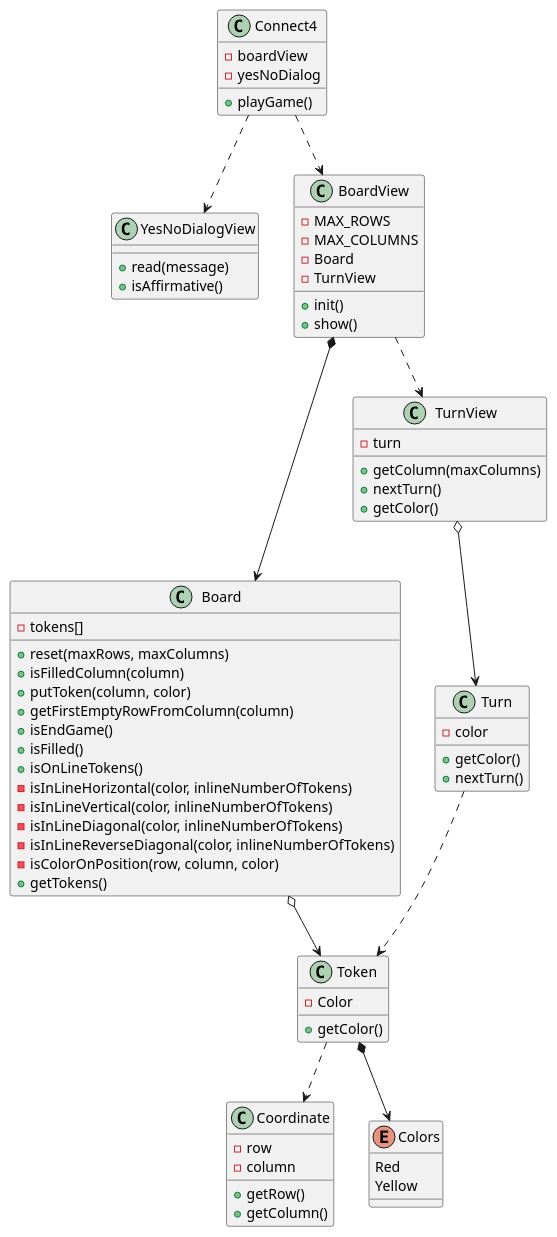
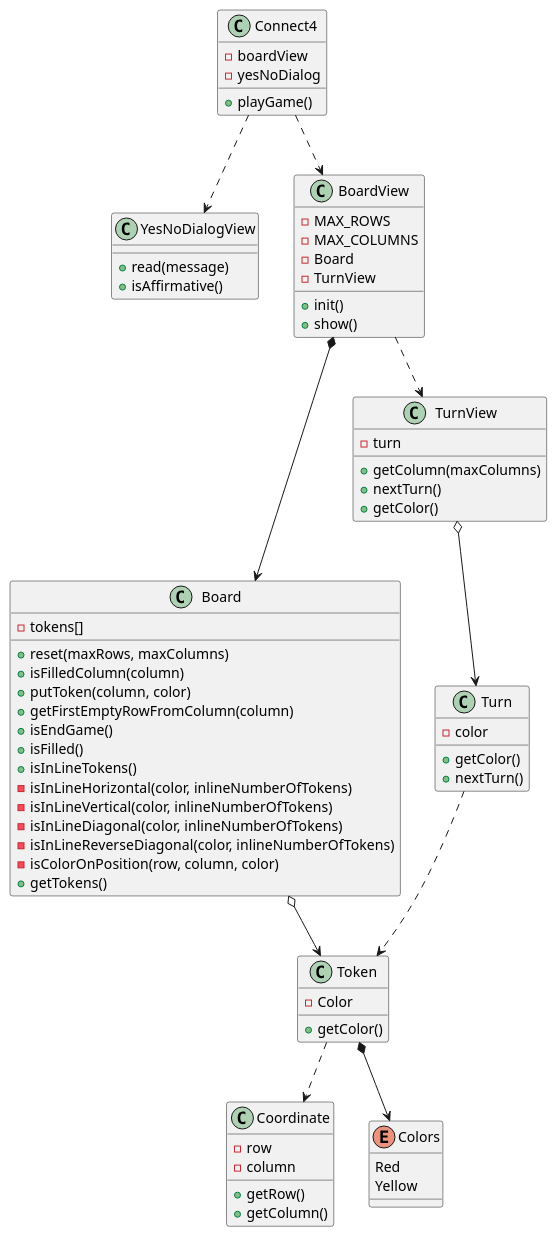
Before and after one commit to jumpering/connect4: the diagram in UML/softwareModel.puml, drawn with PlantUML. The commit also changed 2 other files, not shown here.

Commit message:
refactor UML and code

```diff
--- a/UML/softwareModel.puml
+++ b/UML/softwareModel.puml
@@ -1,78 +1,78 @@
 @startuml
 
 class Connect4{
     - boardView
     - yesNoDialog
     + playGame()
 }
 class YesNoDialogView{
     + read(message)
     + isAffirmative()
 }
 class Board{
     - tokens[]
     + reset(maxRows, maxColumns)
     + isFilledColumn(column)
     + putToken(column, color)
     + getFirstEmptyRowFromColumn(column)
     + isEndGame()
     + isFilled()
-    + isOnLineTokens()
+    + isInLineTokens()
     - isInLineHorizontal(color, inlineNumberOfTokens)
     - isInLineVertical(color, inlineNumberOfTokens)
     - isInLineDiagonal(color, inlineNumberOfTokens)
     - isInLineReverseDiagonal(color, inlineNumberOfTokens)
     - isColorOnPosition(row, column, color)
     + getTokens()
 }
 class BoardView{
     - MAX_ROWS
     - MAX_COLUMNS
     - Board
     - TurnView
     + init()
     + show()
 }
 class Coordinate{
     - row
     - column
     + getRow()
     + getColumn()
 }
 class Token{
     - Color
     + getColor()
 }
 class TurnView{
     - turn
     + getColumn(maxColumns)
     + nextTurn()
     + getColor()
 }
 
 class Turn{
     - color
     + getColor()
     + nextTurn()
 }
 
 enum Colors{
 Red
 Yellow
 }
 
 Connect4 ..> BoardView
 Connect4 ..> YesNoDialogView
 
 BoardView *--> Board
 BoardView ..> TurnView
 TurnView o--> Turn
 
 Board o--> Token
 
 Turn ..> Token
 
 
 Token *--> Colors
 Token ..> Coordinate
 @enduml
```
